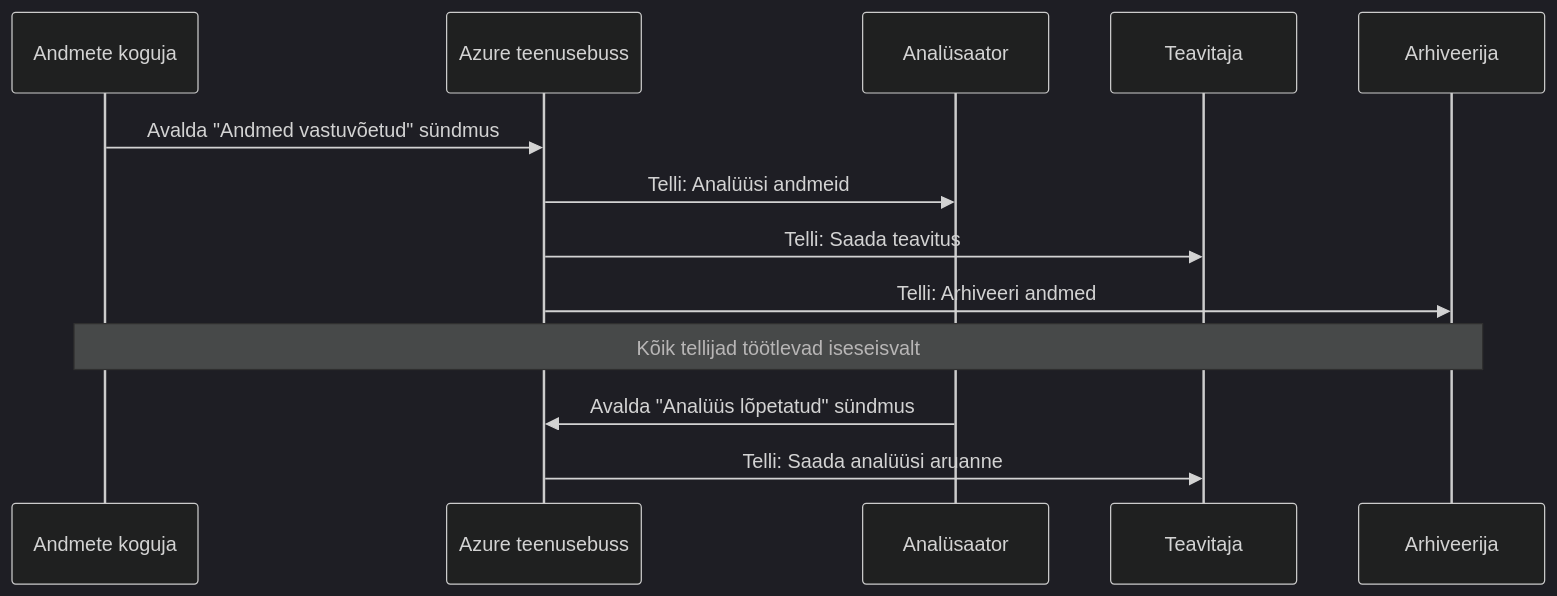
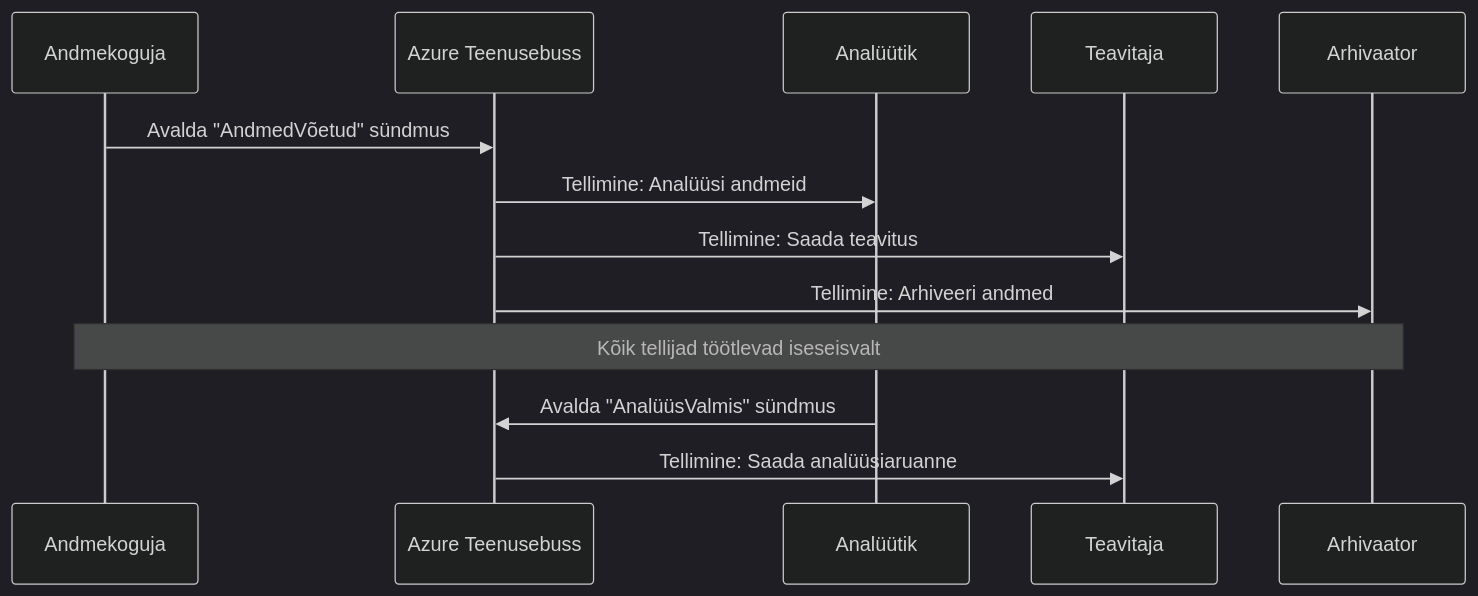
Before and after one commit to microsoft/AZD-for-beginners: the fourth of 6 diagrams in translations/et/docs/chapter-06-pre-deployment/coordination-patterns.md, drawn with Mermaid (dark theme). The commit also changed other lines of this file and 101 other files, not shown here.

````diff
--- a/translations/et/docs/chapter-06-pre-deployment/coordination-patterns.md
+++ b/translations/et/docs/chapter-06-pre-deployment/coordination-patterns.md
@@ -191,18 +185,18 @@
 ```mermaid
 sequenceDiagram
-    participant Agent1 as Andmete koguja
-    participant EventBus as Azure teenusebuss
-    participant Agent2 as Analüsaator
+    participant Agent1 as Andmekoguja
+    participant EventBus as Azure Teenusebuss
+    participant Agent2 as Analüütik
     participant Agent3 as Teavitaja
-    participant Agent4 as Arhiveerija
+    participant Agent4 as Arhivaator
     
-    Agent1->>EventBus: Avalda "Andmed vastuvõetud" sündmus
-    EventBus->>Agent2: Telli: Analüüsi andmeid
-    EventBus->>Agent3: Telli: Saada teavitus
-    EventBus->>Agent4: Telli: Arhiveeri andmed
+    Agent1->>EventBus: Avalda "AndmedVõetud" sündmus
+    EventBus->>Agent2: Tellimine: Analüüsi andmeid
+    EventBus->>Agent3: Tellimine: Saada teavitus
+    EventBus->>Agent4: Tellimine: Arhiveeri andmed
     
     Note over Agent1,Agent4: Kõik tellijad töötlevad iseseisvalt
     
-    Agent2->>EventBus: Avalda "Analüüs lõpetatud" sündmus
-    EventBus->>Agent3: Telli: Saada analüüsi aruanne
+    Agent2->>EventBus: Avalda "AnalüüsValmis" sündmus
+    EventBus->>Agent3: Tellimine: Saada analüüsiaruanne
 ```
````
